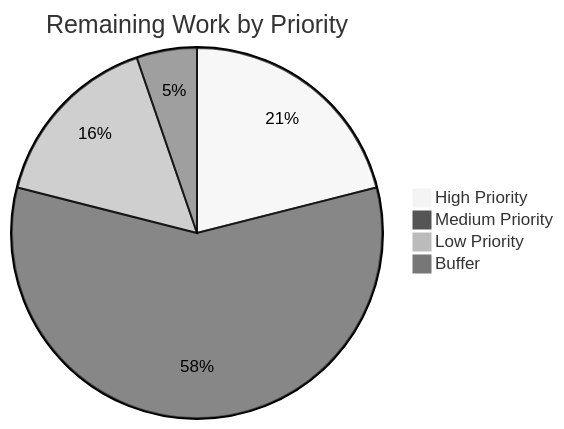
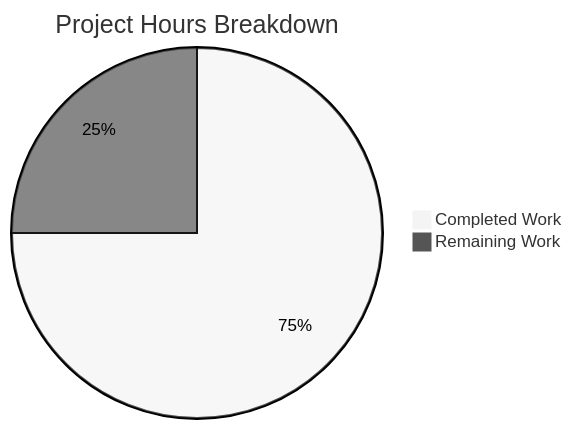
Before and after one commit to Blitzy-Sandbox/blitzy-formbricks: the second of 2 diagrams in blitzy/documentation/Project Guide.md, drawn with Mermaid (neutral theme). The commit also changed other lines of this file, not shown here.

Commit message:
Adding Blitzy Project Guide: Project Status and Human Tasks Remaining

````diff
--- a/blitzy/documentation/Project Guide.md
+++ b/blitzy/documentation/Project Guide.md
@@ -208,7 +227,5 @@
 ```mermaid
-pie title Remaining Work by Priority
-    "High Priority" : 4
-    "Medium Priority" : 11
-    "Low Priority" : 3
-    "Buffer" : 1
+pie title Project Hours Breakdown
+    "Completed Work" : 66
+    "Remaining Work" : 22
 ```
````
